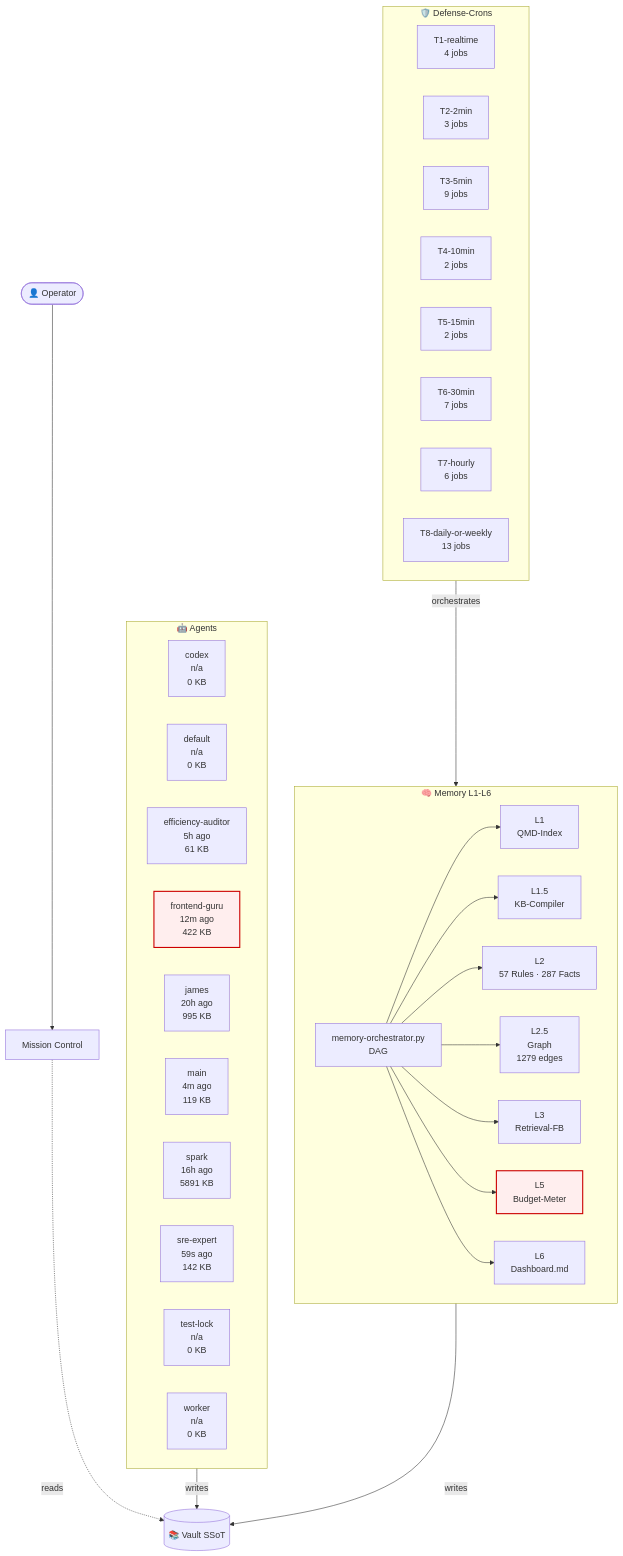
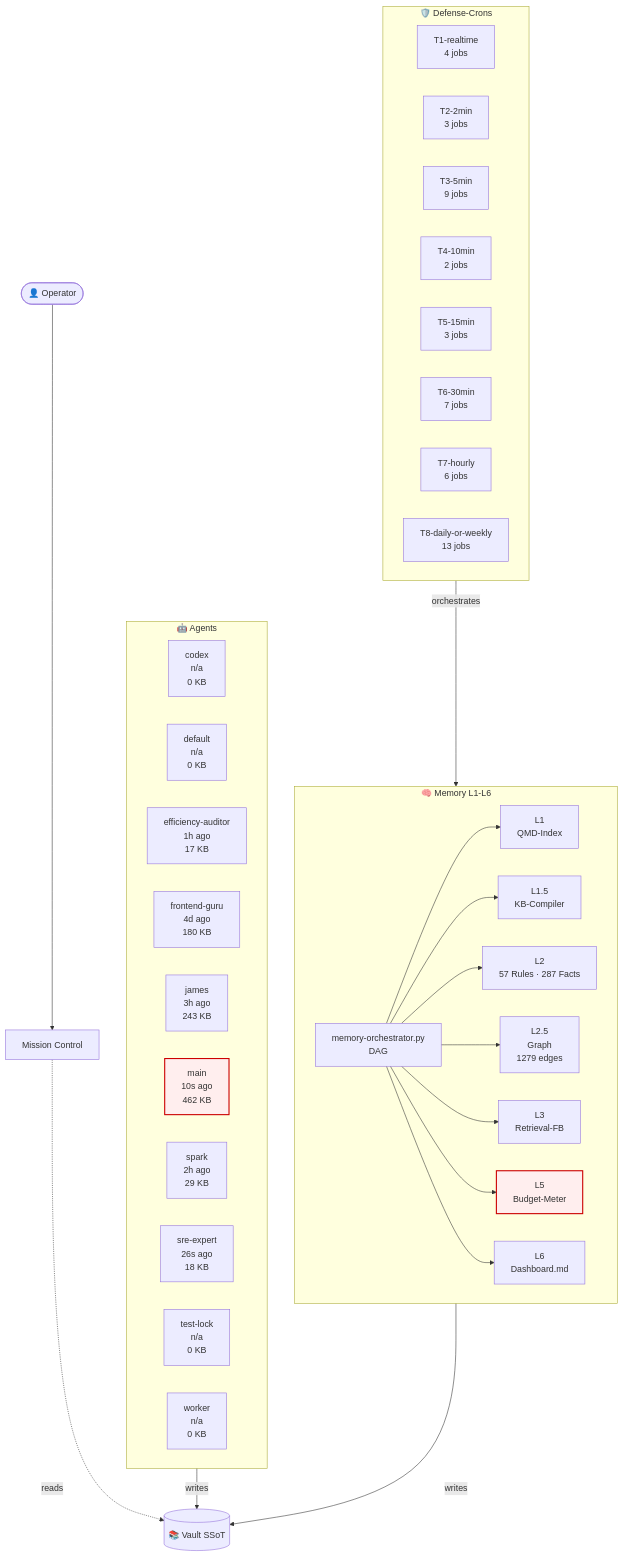
One commit to lenardhuebner88-rgb/openclaw-memory changed the diagram in 03-Agents/architecture-live.md. Above: the diagram before and after it, drawn with Mermaid. The commit also changed other lines of this file and 17 other files, not shown here.

````diff
--- a/03-Agents/architecture-live.md
+++ b/03-Agents/architecture-live.md
@@ -18,53 +18,53 @@
 ```mermaid
 flowchart TB
     classDef critical fill:#fee,stroke:#c00,stroke-width:2px;
     subgraph AGT["🤖 Agents"]
         agent_codex["codex<br/>n/a<br/>0 KB"]
         agent_default["default<br/>n/a<br/>0 KB"]
-        agent_efficiency_auditor["efficiency-auditor<br/>5h ago<br/>61 KB"]
-        agent_frontend_guru["frontend-guru<br/>12m ago<br/>422 KB"]
-        agent_james["james<br/>20h ago<br/>995 KB"]
-        agent_main["main<br/>4m ago<br/>119 KB"]
-        agent_spark["spark<br/>16h ago<br/>5891 KB"]
-        agent_sre_expert["sre-expert<br/>59s ago<br/>142 KB"]
+        agent_efficiency_auditor["efficiency-auditor<br/>1h ago<br/>17 KB"]
+        agent_frontend_guru["frontend-guru<br/>4d ago<br/>180 KB"]
+        agent_james["james<br/>3h ago<br/>243 KB"]
+        agent_main["main<br/>10s ago<br/>462 KB"]
+        agent_spark["spark<br/>2h ago<br/>29 KB"]
+        agent_sre_expert["sre-expert<br/>26s ago<br/>18 KB"]
         agent_test_lock["test-lock<br/>n/a<br/>0 KB"]
         agent_worker["worker<br/>n/a<br/>0 KB"]
     end
     subgraph MEM["🧠 Memory L1-L6"]
         L1["L1<br/>QMD-Index"]
         L15["L1.5<br/>KB-Compiler"]
         L2["L2<br/>57 Rules · 287 Facts"]
         L25["L2.5<br/>Graph<br/>1279 edges"]
         L3["L3<br/>Retrieval-FB"]
         L5["L5<br/>Budget-Meter"]
         L6["L6<br/>Dashboard.md"]
         ORCH["memory-orchestrator.py<br/>DAG"]
     end
     subgraph CRN["🛡️ Defense-Crons"]
         tier_T1_realtime["T1-realtime<br/>4 jobs"]
         tier_T2_2min["T2-2min<br/>3 jobs"]
         tier_T3_5min["T3-5min<br/>9 jobs"]
         tier_T4_10min["T4-10min<br/>2 jobs"]
-        tier_T5_15min["T5-15min<br/>2 jobs"]
+        tier_T5_15min["T5-15min<br/>3 jobs"]
         tier_T6_30min["T6-30min<br/>7 jobs"]
         tier_T7_hourly["T7-hourly<br/>6 jobs"]
         tier_T8_daily_or_weekly["T8-daily-or-weekly<br/>13 jobs"]
     end
     VAULT[("📚 Vault SSoT")]
     OP([👤 Operator])
     MC["Mission Control"]
     OP --> MC
     MC -.reads.-> VAULT
     AGT -->|writes| VAULT
     MEM -->|writes| VAULT
     ORCH --> L1
     ORCH --> L15
     ORCH --> L2
     ORCH --> L25
     ORCH --> L3
     ORCH --> L5
     ORCH --> L6
     CRN -->|orchestrates| MEM
     class L5 critical
-    class agent_frontend_guru critical
+    class agent_main critical
 ```
````
